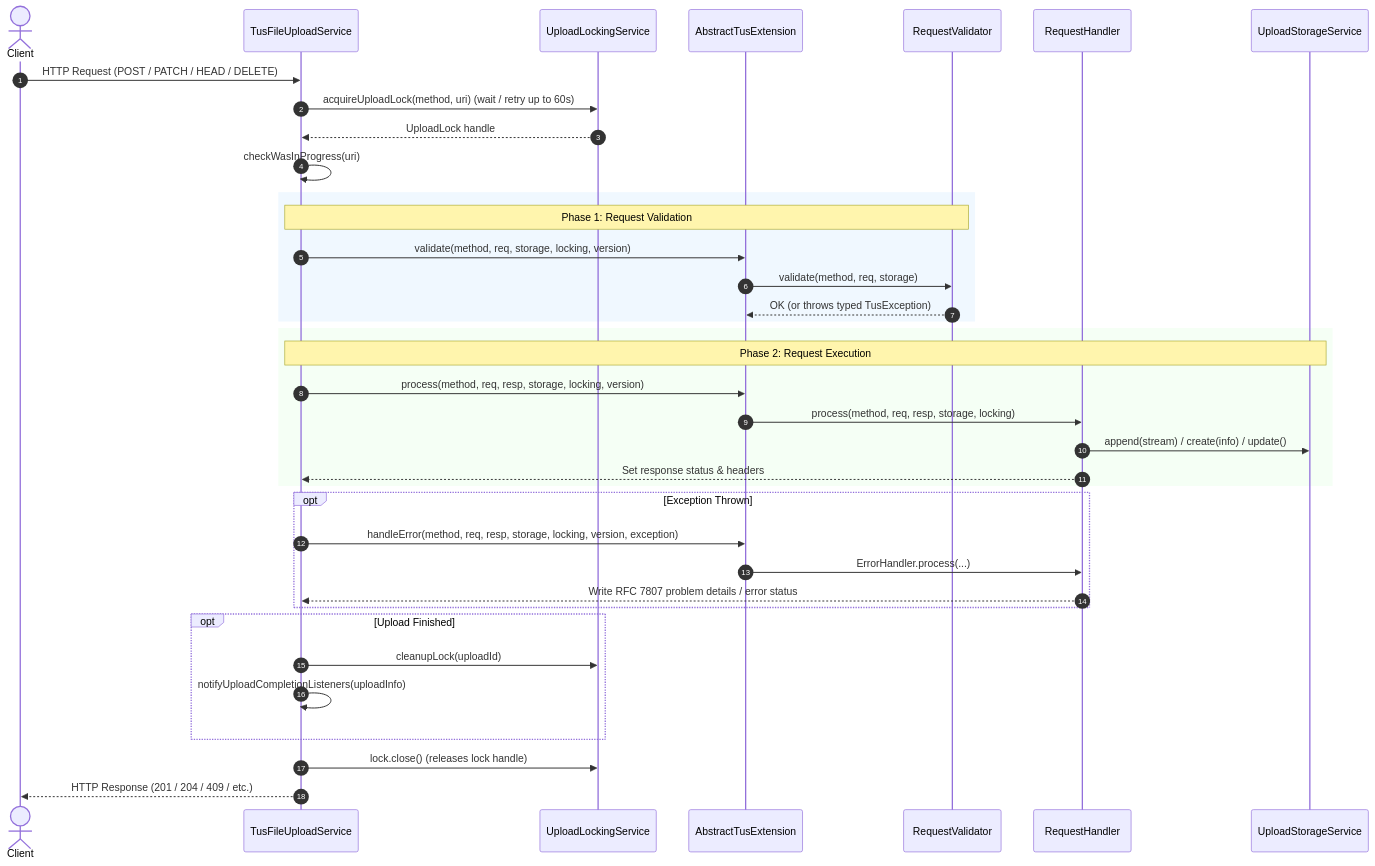
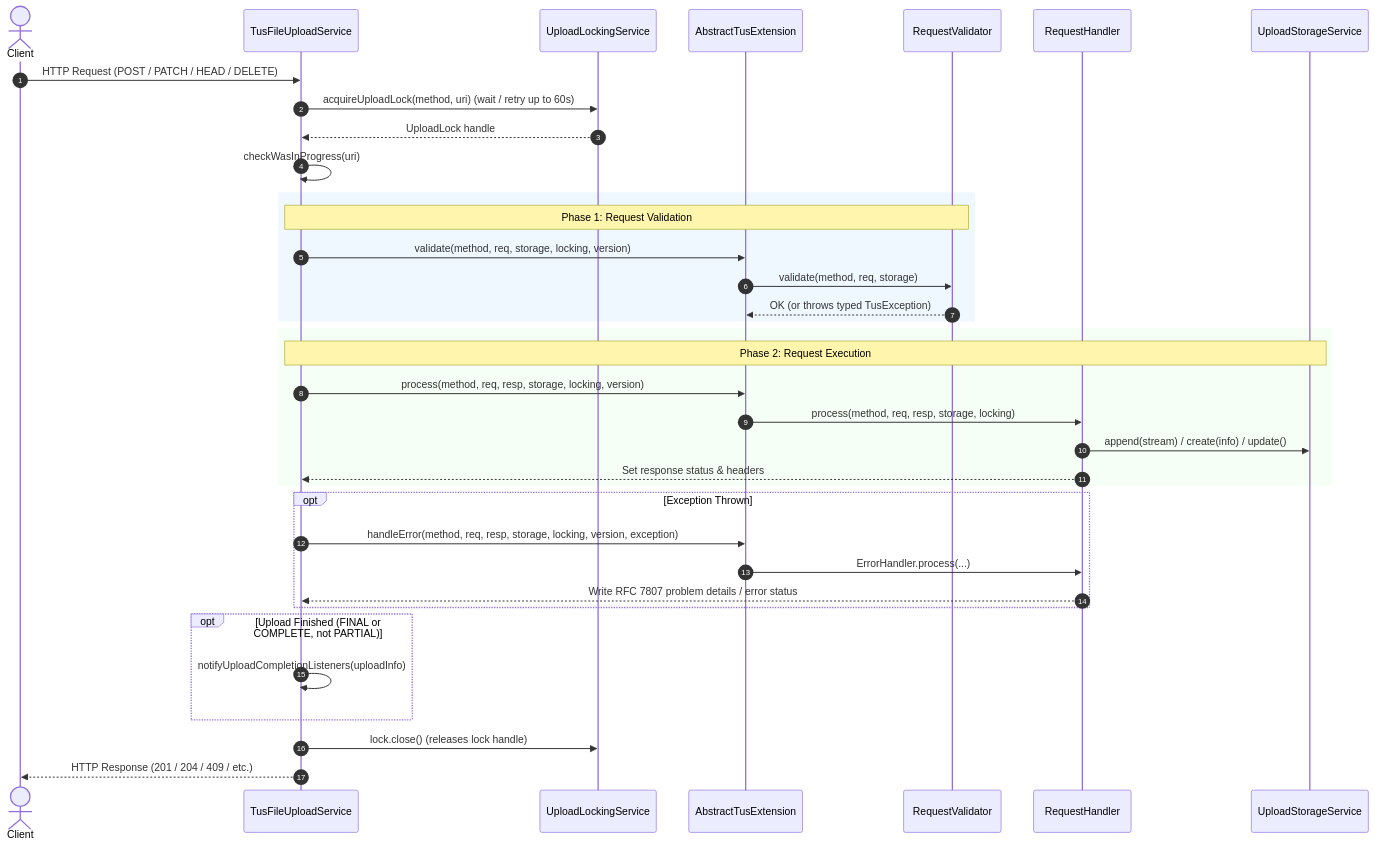
Before and after one commit to tomdesair/tus-java-server: the second of 5 diagrams in docs/ARCHITECTURE.md, drawn with Mermaid. The commit also changed other lines of this file and 85 other files, not shown here.

````diff
--- a/docs/ARCHITECTURE.md
+++ b/docs/ARCHITECTURE.md
@@ -97,45 +97,44 @@
 ```mermaid
 sequenceDiagram
     autonumber
     actor Client
     participant Service as TusFileUploadService
     participant Locking as UploadLockingService
     participant Extension as AbstractTusExtension
     participant Validator as RequestValidator
     participant Handler as RequestHandler
     participant Storage as UploadStorageService
 
     Client->>Service: HTTP Request (POST / PATCH / HEAD / DELETE)
     Service->>Locking: acquireUploadLock(method, uri) (wait / retry up to 60s)
     Locking-->>Service: UploadLock handle
     Service->>Service: checkWasInProgress(uri)
 
     rect rgb(240, 248, 255)
         note over Service,Validator: Phase 1: Request Validation
         Service->>Extension: validate(method, req, storage, locking, version)
         Extension->>Validator: validate(method, req, storage)
         Validator-->>Extension: OK (or throws typed TusException)
     end
 
     rect rgb(245, 255, 245)
         note over Service,Storage: Phase 2: Request Execution
         Service->>Extension: process(method, req, resp, storage, locking, version)
         Extension->>Handler: process(method, req, resp, storage, locking)
         Handler->>Storage: append(stream) / create(info) / update()
         Handler-->>Service: Set response status & headers
     end
 
     opt Exception Thrown
         Service->>Extension: handleError(method, req, resp, storage, locking, version, exception)
         Extension->>Handler: ErrorHandler.process(...)
         Handler-->>Service: Write RFC 7807 problem details / error status
     end
 
-    opt Upload Finished
-        Service->>Locking: cleanupLock(uploadId)
+    opt Upload Finished (FINAL or COMPLETE, not PARTIAL)
         Service->>Service: notifyUploadCompletionListeners(uploadInfo)
     end
 
     Service->>Locking: lock.close() (releases lock handle)
     Service-->>Client: HTTP Response (201 / 204 / 409 / etc.)
 ```
````
